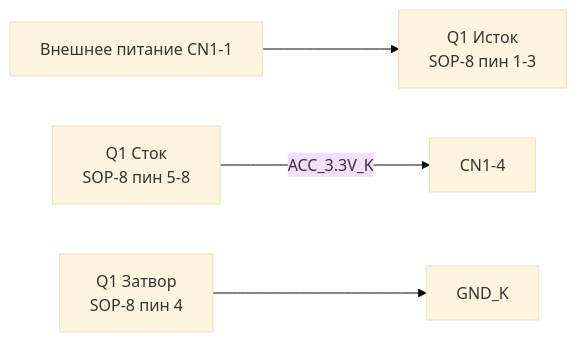
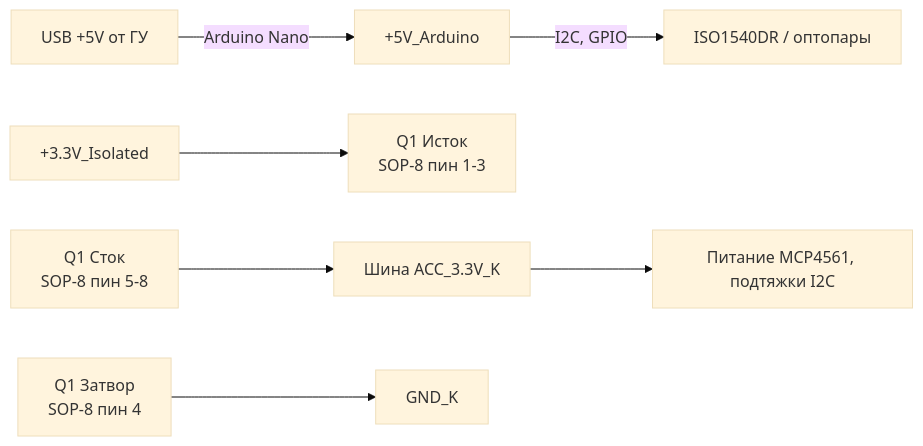
Before and after one commit to r616on/VolumeMonitorPlat: the fifth of 6 diagrams in docs/hardware.md, drawn with Mermaid (base theme). The commit also changed other lines of this file and 8 other files, not shown here.

````diff
--- a/docs/hardware.md
+++ b/docs/hardware.md
@@ -121,6 +123,9 @@
 ```mermaid
 flowchart LR
-    VIN[Внешнее питание CN1-1] --> Q1_S[Q1 Исток<br/>SOP-8 пин 1-3]
-    Q1_D[Q1 Сток<br/>SOP-8 пин 5-8] -->|ACC_3.3V_K| CN1_4[CN1-4]
+    USB[USB +5V от ГУ] -->|Arduino Nano| U77[+5V_Arduino]
+    U77 -->|I2C, GPIO| ISO[ISO1540DR / оптопары]
+    VIN_iso[+3.3V_Isolated] --> Q1_S[Q1 Исток<br/>SOP-8 пин 1-3]
+    Q1_D[Q1 Сток<br/>SOP-8 пин 5-8] --> ACC_3.3V_K[Шина ACC_3.3V_K]
     Q1_G[Q1 Затвор<br/>SOP-8 пин 4] --> GND_K[GND_K]
+    ACC_3.3V_K --> MCP[Питание MCP4561, подтяжки I2C]
 ```
````
